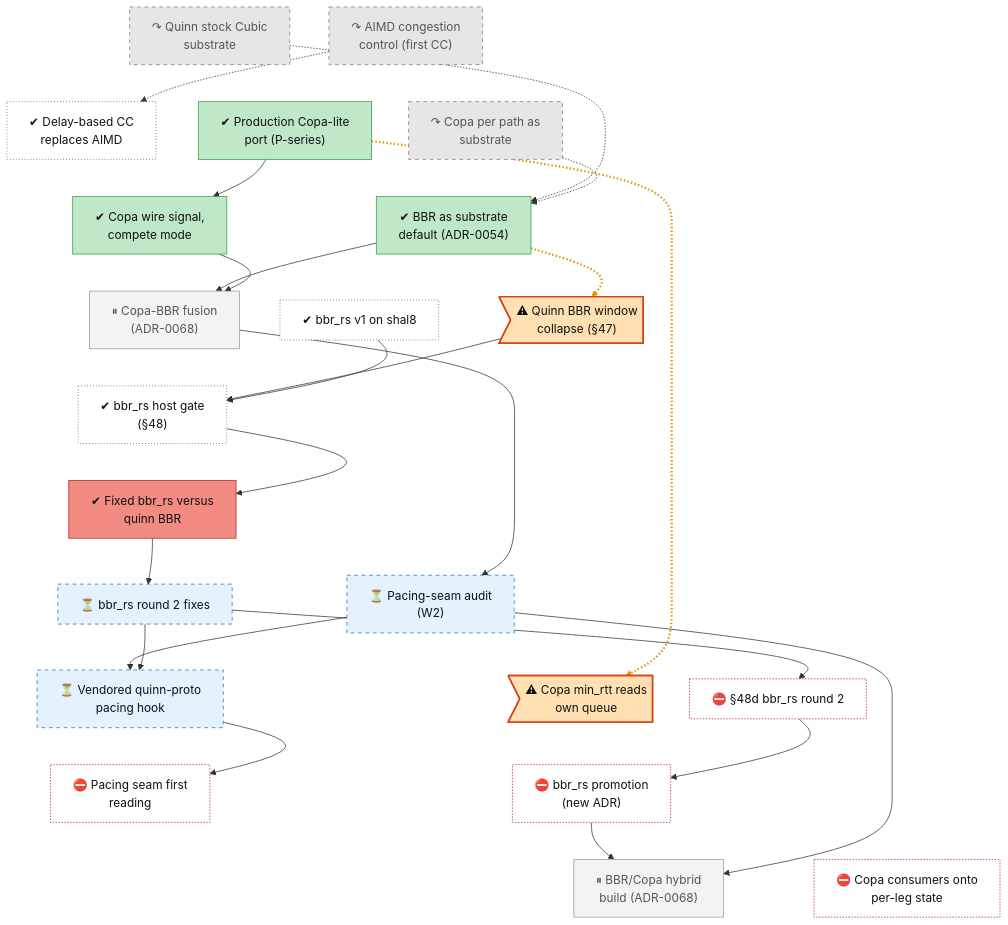
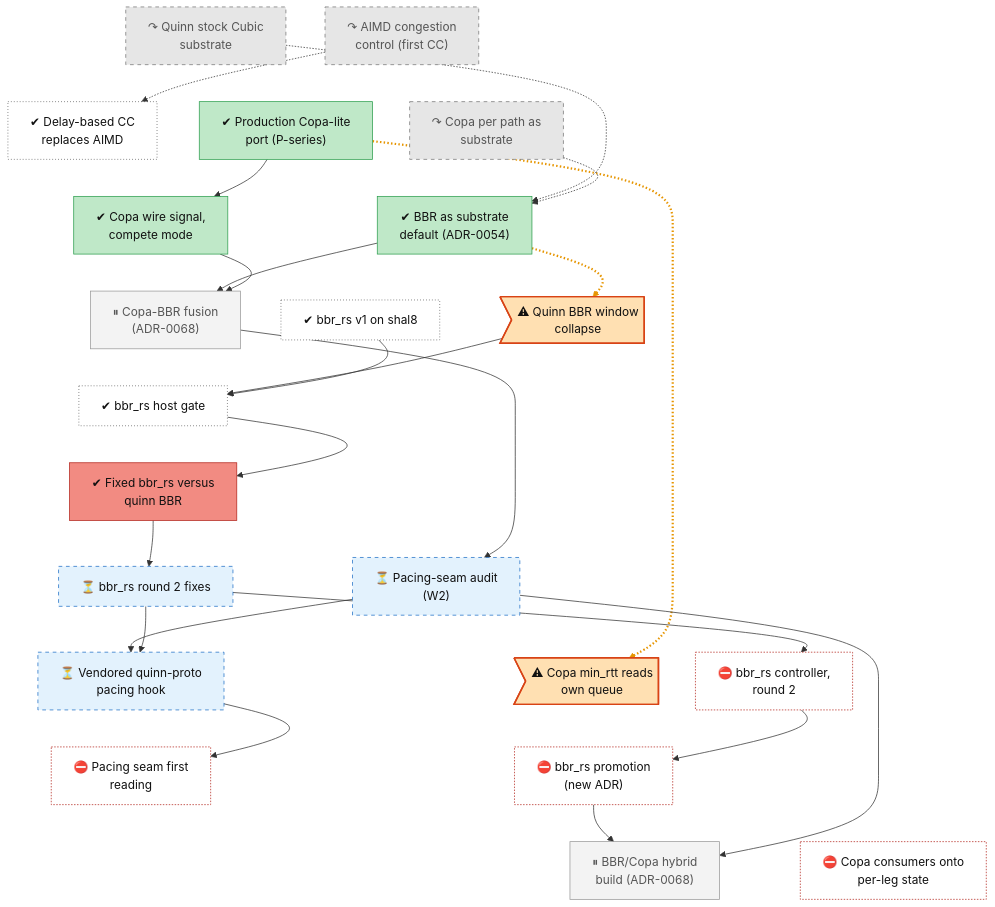
Before and after one commit to lhns/raptorpath: the diagram in docs/roadmap/tracks/cc.md, drawn with Mermaid. The commit also changed other lines of this file and 12 other files, not shown here.

First line of the commit message:
roadmap: plain titles - no section numbers or internal codenames (block E, F2, s62, 61a) in titles or plain sentences

```diff
--- a/docs/roadmap/tracks/cc.md
+++ b/docs/roadmap/tracks/cc.md
@@ -18,14 +18,14 @@
     cc_bbr_default["✔ BBR as substrate<br/>default (ADR-0054)"]
     cc_adr68_fusion["⏸ Copa-BBR fusion<br/>(ADR-0068)"]
     cc_bbrrs_v1["✔ bbr_rs v1 on shal8"]
-    cc_quinn_bbr_collapse>"⚠ Quinn BBR window<br/>collapse (#167;47)"]
-    cc_s48_host_gate["✔ bbr_rs host gate<br/>(#167;48)"]
+    cc_quinn_bbr_collapse>"⚠ Quinn BBR window<br/>collapse"]
+    cc_s48_host_gate["✔ bbr_rs host gate"]
     cc_bbrrs_r1["✔ Fixed bbr_rs versus<br/>quinn BBR"]
     cc_bbrrs_r2["⏳ bbr_rs round 2 fixes"]
     cc_pacing_audit["⏳ Pacing-seam audit<br/>(W2)"]
     cc_pacing_seam["⏳ Vendored quinn-proto<br/>pacing hook"]
     cc_defect_copa_minrtt>"⚠ Copa min_rtt reads<br/>own queue"]
-    cc_s48d_session["⛔ #167;48d bbr_rs round 2"]
+    cc_s48d_session["⛔ bbr_rs controller,<br/>round 2"]
     cc_pacing_seam_reading["⛔ Pacing seam first<br/>reading"]
     cc_bbrrs_promote["⛔ bbr_rs promotion<br/>(new ADR)"]
     cc_hybrid["⏸ BBR/Copa hybrid<br/>build (ADR-0068)"]
```
